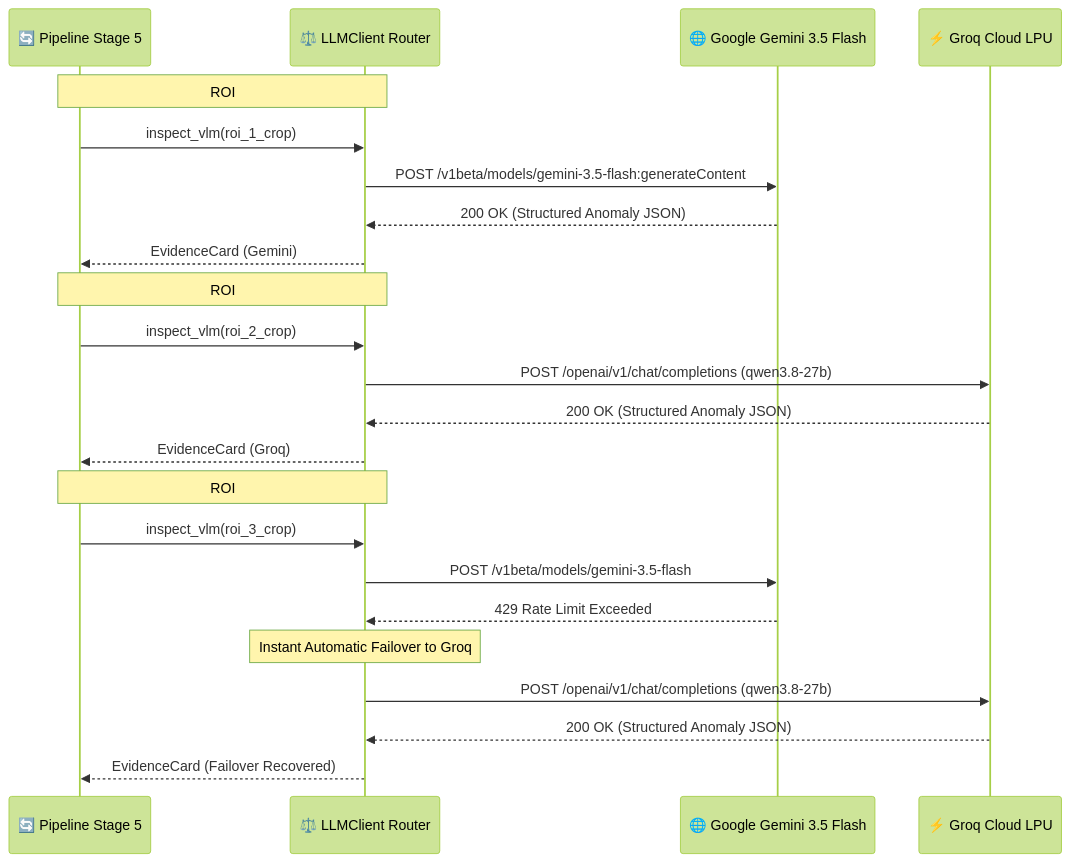
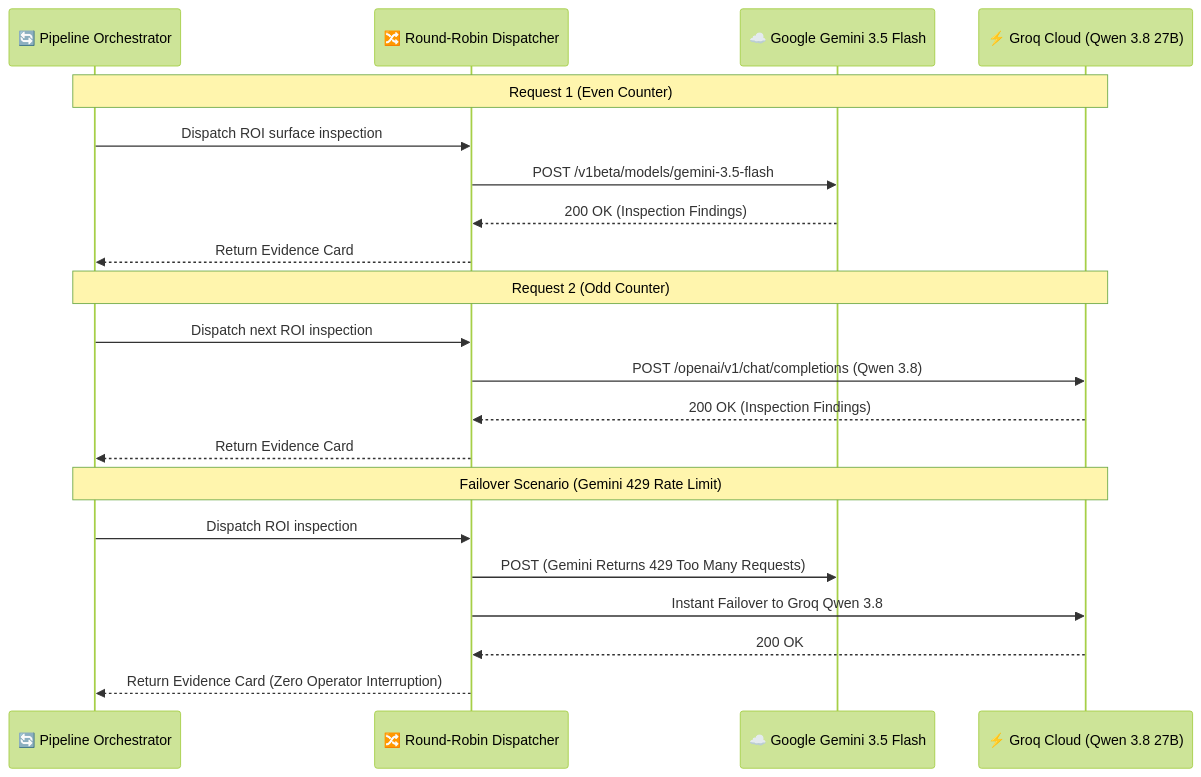
The third of 4 diagrams in docs/AI_AGENTS.md (Disha-1610/VisionForge), drawn with Mermaid (forest theme) before and after one commit. The commit also changed other lines of this file and 13 other files, not shown here.

````diff
--- a/docs/AI_AGENTS.md
+++ b/docs/AI_AGENTS.md
@@ -183,28 +228,26 @@
 ```mermaid
 sequenceDiagram
-    participant Pipeline as 🔄 Pipeline Stage 5
-    participant Client as ⚖️ LLMClient Router
-    participant Gemini as 🌐 Google Gemini 3.5 Flash
-    participant Groq as ⚡ Groq Cloud LPU
+    participant Pipeline as 🔄 Pipeline Orchestrator
+    participant Router as 🔀 Round-Robin Dispatcher
+    participant Gemini as ☁️ Google Gemini 3.5 Flash
+    participant Groq as ⚡ Groq Cloud (Qwen 3.8 27B)
 
-    Note over Pipeline,Client: ROI #1 (Odd Index)
-    Pipeline->>Client: inspect_vlm(roi_1_crop)
-    Client->>Gemini: POST /v1beta/models/gemini-3.5-flash:generateContent
-    Gemini-->>Client: 200 OK (Structured Anomaly JSON)
-    Client-->>Pipeline: EvidenceCard (Gemini)
+    Note over Pipeline,Groq: Request 1 (Even Counter)
+    Pipeline->>Router: Dispatch ROI surface inspection
+    Router->>Gemini: POST /v1beta/models/gemini-3.5-flash
+    Gemini-->>Router: 200 OK (Inspection Findings)
+    Router-->>Pipeline: Return Evidence Card
 
-    Note over Pipeline,Client: ROI #2 (Even Index)
-    Pipeline->>Client: inspect_vlm(roi_2_crop)
-    Client->>Groq: POST /openai/v1/chat/completions (qwen3.8-27b)
-    Groq-->>Client: 200 OK (Structured Anomaly JSON)
-    Client-->>Pipeline: EvidenceCard (Groq)
+    Note over Pipeline,Groq: Request 2 (Odd Counter)
+    Pipeline->>Router: Dispatch next ROI inspection
+    Router->>Groq: POST /openai/v1/chat/completions (Qwen 3.8)
+    Groq-->>Router: 200 OK (Inspection Findings)
+    Router-->>Pipeline: Return Evidence Card
 
-    Note over Pipeline,Client: ROI #3 (Odd Index - Failover Simulation)
-    Pipeline->>Client: inspect_vlm(roi_3_crop)
-    Client->>Gemini: POST /v1beta/models/gemini-3.5-flash
-    Gemini-->>Client: 429 Rate Limit Exceeded
-    Note over Client: Instant Automatic Failover to Groq
-    Client->>Groq: POST /openai/v1/chat/completions (qwen3.8-27b)
-    Groq-->>Client: 200 OK (Structured Anomaly JSON)
-    Client-->>Pipeline: EvidenceCard (Failover Recovered)
+    Note over Pipeline,Groq: Failover Scenario (Gemini 429 Rate Limit)
+    Pipeline->>Router: Dispatch ROI inspection
+    Router->>Gemini: POST (Gemini Returns 429 Too Many Requests)
+    Router->>Groq: Instant Failover to Groq Qwen 3.8
+    Groq-->>Router: 200 OK
+    Router-->>Pipeline: Return Evidence Card (Zero Operator Interruption)
 ```
````
